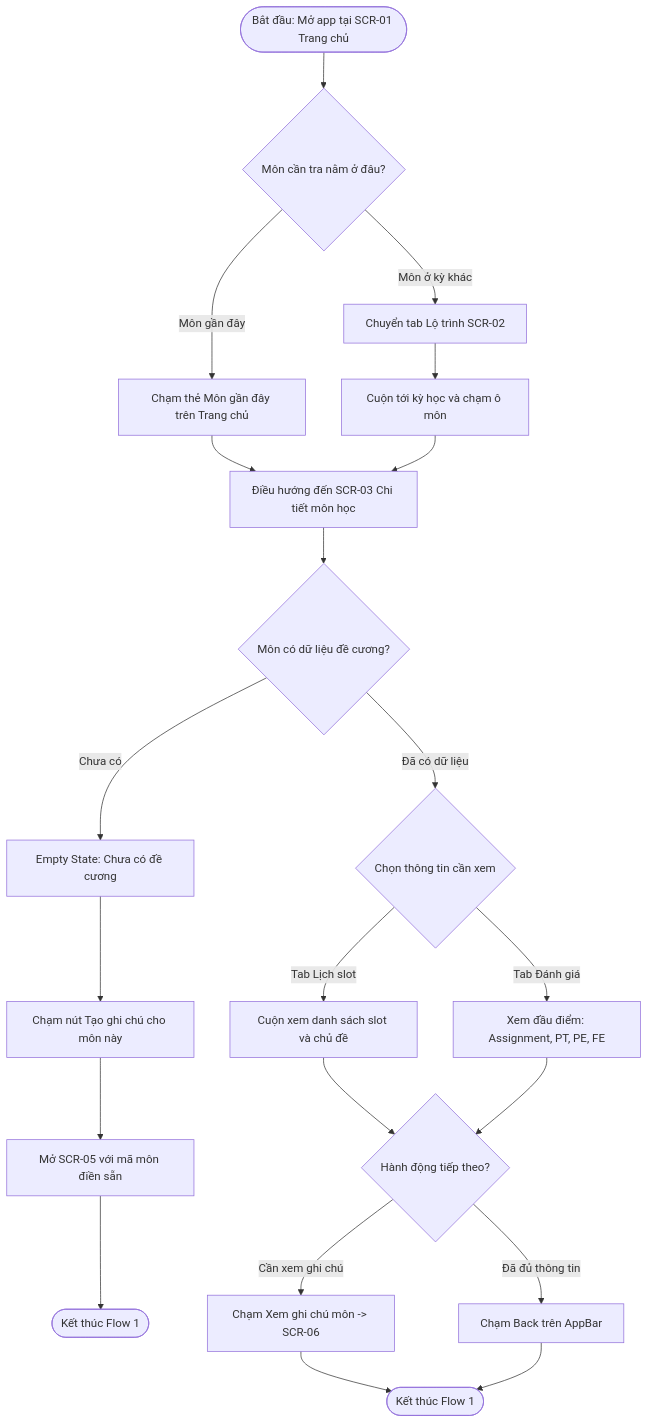
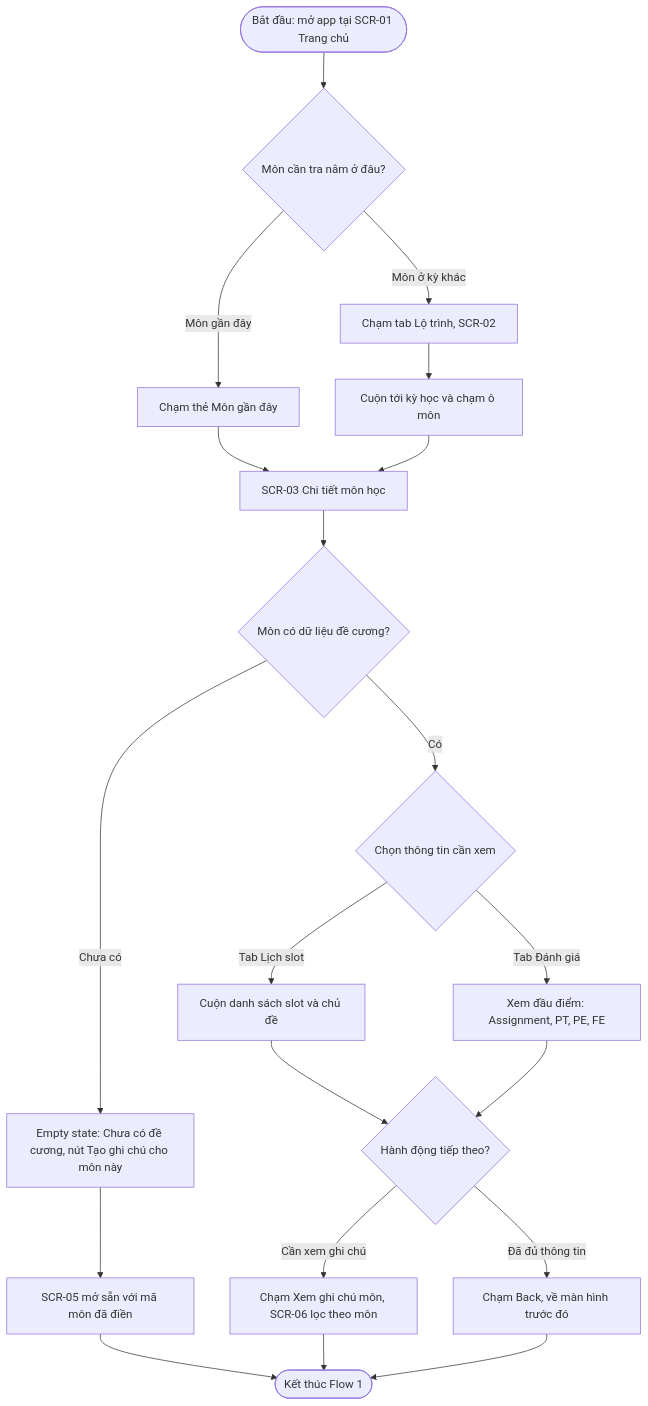
The first of 4 diagrams in user-flow.md (quanglong68/prm323-lab2-gr6), drawn with Mermaid before and after one commit. The commit also changed other lines of this file and 1 other file, not shown here.

Commit message:
docs: finalize UX specs, 4 user flows, and design system token

````diff
--- a/user-flow.md
+++ b/user-flow.md
@@ -96,23 +92,22 @@
 ```mermaid
 flowchart TD
-    Start(["Bắt đầu: Mở app tại SCR-01 Trang chủ"]) --> CheckContext{"Môn cần tra nằm ở đâu?"}
-    CheckContext -->|Môn gần đây| TapQuickCard["Chạm thẻ Môn gần đây trên Trang chủ"]
-    CheckContext -->|Môn ở kỳ khác| NavTimeline["Chuyển tab Lộ trình SCR-02"]
-    NavTimeline --> SelectSemester["Cuộn tới kỳ học và chạm ô môn"]
-    TapQuickCard --> OpenDetails["Điều hướng đến SCR-03 Chi tiết môn học"]
-    SelectSemester --> OpenDetails
-    OpenDetails --> CheckData{"Môn có dữ liệu đề cương?"}
-    CheckData -->|Chưa có| EmptySyllabus["Empty State: Chưa có đề cương"]
-    EmptySyllabus --> CreateNoteAction["Chạm nút Tạo ghi chú cho môn này"]
-    CreateNoteAction --> OpenEditorEmpty["Mở SCR-05 với mã môn điền sẵn"]
-    OpenEditorEmpty --> EndFlow1Empty(["Kết thúc Flow 1"])
-    CheckData -->|Đã có dữ liệu| ViewTabs{"Chọn thông tin cần xem"}
-    ViewTabs -->|Tab Lịch slot| ReadSchedule["Cuộn xem danh sách slot và chủ đề"]
-    ViewTabs -->|Tab Đánh giá| ReadAssessment["Xem đầu điểm: Assignment, PT, PE, FE"]
-    ReadSchedule --> NextAction{"Hành động tiếp theo?"}
-    ReadAssessment --> NextAction
-    NextAction -->|Cần xem ghi chú| NavNotes["Chạm Xem ghi chú môn -> SCR-06"]
-    NextAction -->|Đã đủ thông tin| BackNav["Chạm Back trên AppBar"]
-    NavNotes --> EndFlow1(["Kết thúc Flow 1"])
-    BackNav --> EndFlow1
+    Start(["Bắt đầu: mở app tại SCR-01 Trang chủ"]) --> Source{"Môn cần tra nằm ở đâu?"}
+    Source -->|Môn gần đây| TapRecent["Chạm thẻ Môn gần đây"]
+    Source -->|Môn ở kỳ khác| TabRoute["Chạm tab Lộ trình, SCR-02"]
+    TabRoute --> PickSubject["Cuộn tới kỳ học và chạm ô môn"]
+    TapRecent --> Details["SCR-03 Chi tiết môn học"]
+    PickSubject --> Details
+    Details --> HasData{"Môn có dữ liệu đề cương?"}
+    HasData -->|Chưa có| EmptyState["Empty state: Chưa có đề cương, nút Tạo ghi chú cho môn này"]
+    EmptyState --> NewNote["SCR-05 mở sẵn với mã môn đã điền"]
+    NewNote --> End1
+    HasData -->|Có| Tabs{"Chọn thông tin cần xem"}
+    Tabs -->|Tab Lịch slot| Slots["Cuộn danh sách slot và chủ đề"]
+    Tabs -->|Tab Đánh giá| Assess["Xem đầu điểm: Assignment, PT, PE, FE"]
+    Slots --> Next{"Hành động tiếp theo?"}
+    Assess --> Next
+    Next -->|Cần xem ghi chú| Notes["Chạm Xem ghi chú môn, SCR-06 lọc theo môn"]
+    Next -->|Đã đủ thông tin| Back["Chạm Back, về màn hình trước đó"]
+    Notes --> End1(["Kết thúc Flow 1"])
+    Back --> End1
 ```
````
